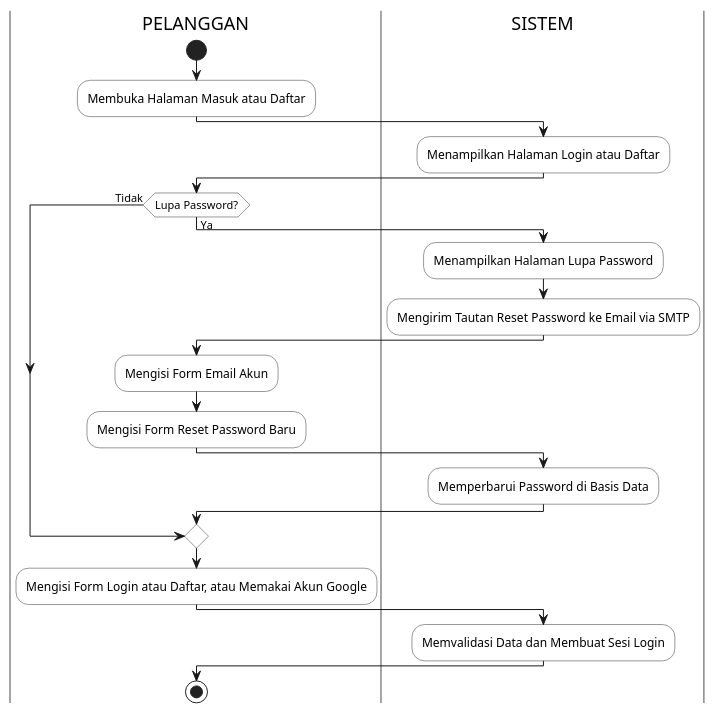
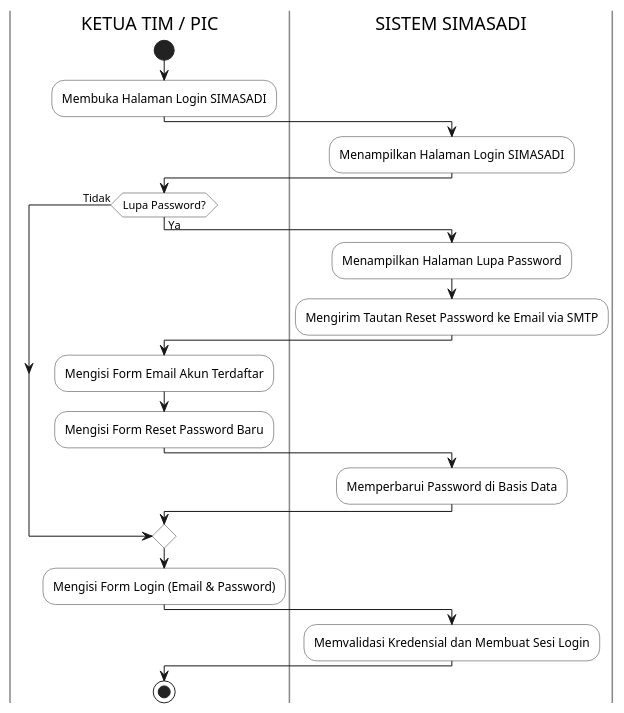
The second of 2 diagrams in docs/activity-diagram-autentikasi-pelanggan.md (greedykid/prototype-magang), drawn with PlantUML before and after one commit. The commit also changed other lines of this file, not shown here.

Commit message:
docs: adjust activity diagram actor to Ketua Tim & PIC according to SIMASADI system roles

````diff
--- a/docs/activity-diagram-autentikasi-pelanggan.md
+++ b/docs/activity-diagram-autentikasi-pelanggan.md
@@ -101,37 +101,37 @@
 ```plantuml
-@startuml Gambar_3_9_Activity_Diagram_Autentikasi_Pelanggan
+@startuml Gambar_3_9_Activity_Diagram_Autentikasi_Pengguna
 skinparam ActivityBackgroundColor #FFFFFF
 skinparam ActivityBorderColor #333333
 skinparam SwimlaneBorderColor #888888
 
-|PELANGGAN|
+|KETUA TIM / PIC|
 start
-:Membuka Halaman Masuk atau Daftar;
+:Membuka Halaman Login SIMASADI;
 
-|SISTEM|
-:Menampilkan Halaman Login atau Daftar;
+|SISTEM SIMASADI|
+:Menampilkan Halaman Login SIMASADI;
 
-|PELANGGAN|
+|KETUA TIM / PIC|
 if (Lupa Password?) then (Ya)
-  |SISTEM|
+  |SISTEM SIMASADI|
   :Menampilkan Halaman Lupa Password;
   :Mengirim Tautan Reset Password ke Email via SMTP;
-  |PELANGGAN|
-  :Mengisi Form Email Akun;
+  |KETUA TIM / PIC|
+  :Mengisi Form Email Akun Terdaftar;
   :Mengisi Form Reset Password Baru;
-  |SISTEM|
+  |SISTEM SIMASADI|
   :Memperbarui Password di Basis Data;
-  |PELANGGAN|
+  |KETUA TIM / PIC|
 else (Tidak)
 endif
 
-|PELANGGAN|
-:Mengisi Form Login atau Daftar, atau Memakai Akun Google;
+|KETUA TIM / PIC|
+:Mengisi Form Login (Email & Password);
 
-|SISTEM|
-:Memvalidasi Data dan Membuat Sesi Login;
+|SISTEM SIMASADI|
+:Memvalidasi Kredensial dan Membuat Sesi Login;
 
-|PELANGGAN|
+|KETUA TIM / PIC|
 stop
 @enduml
 ```
````
